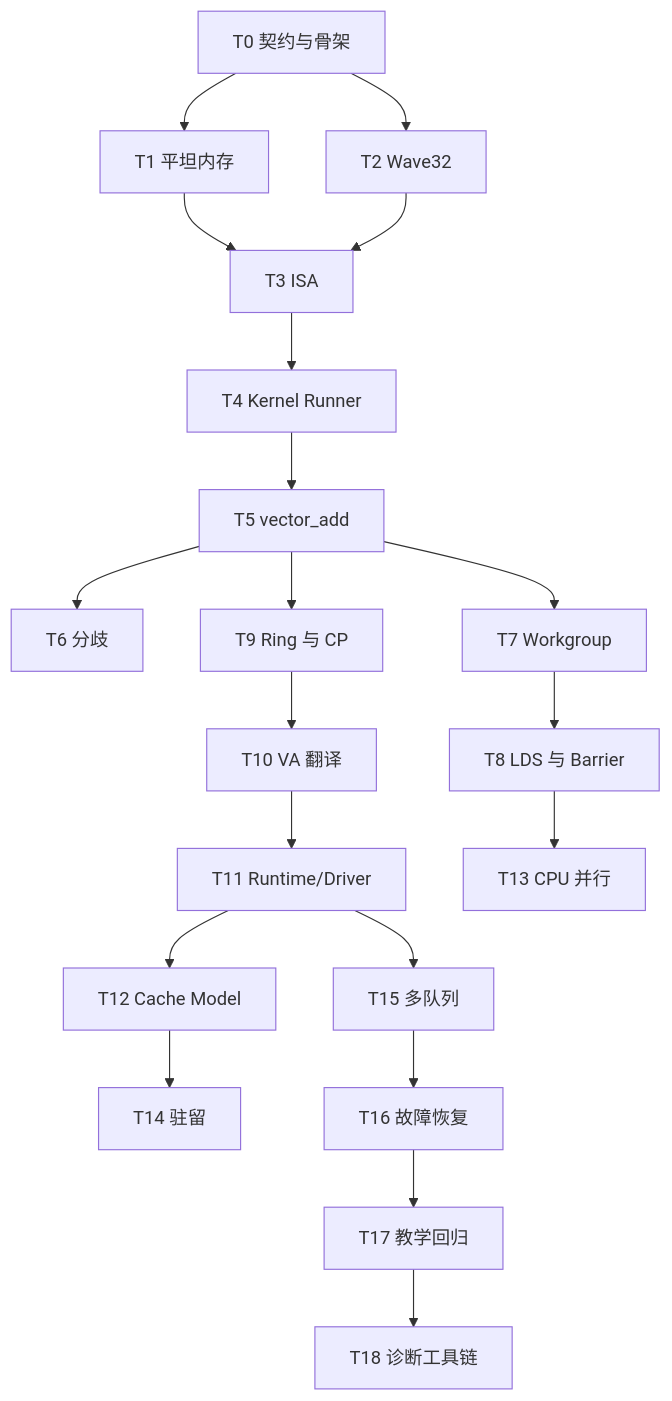
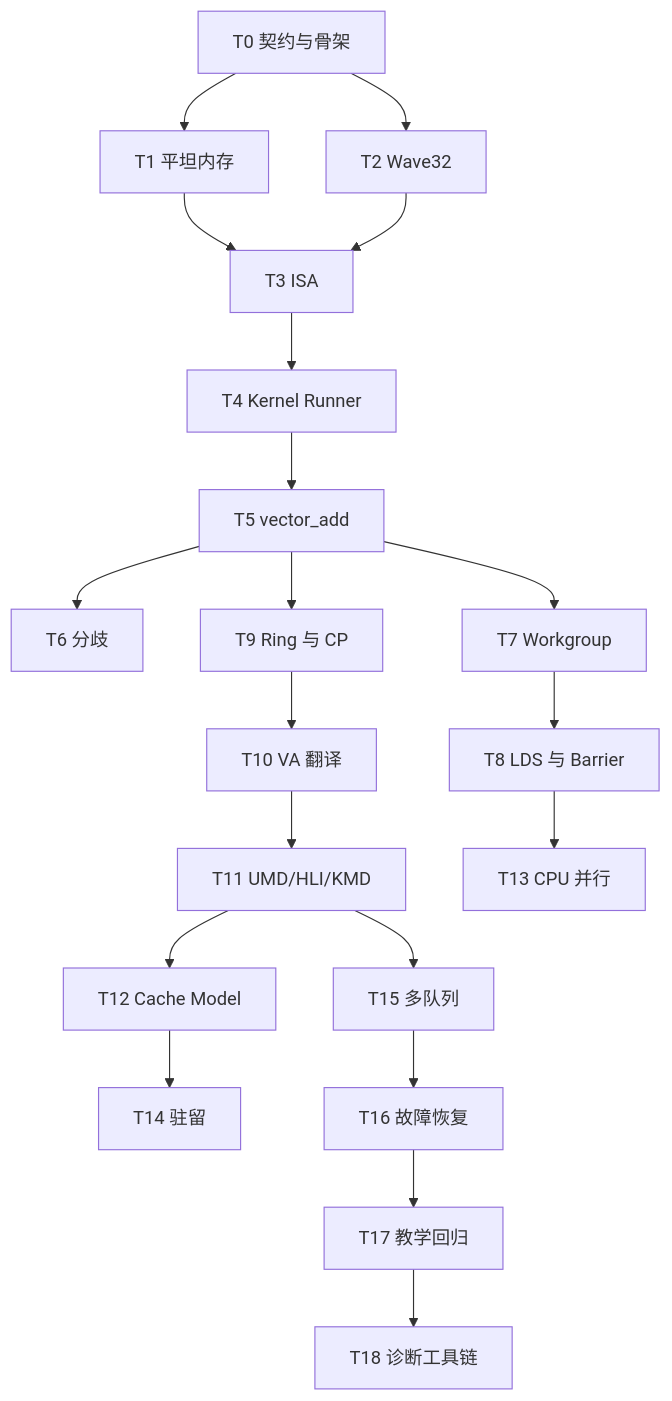
Before and after one commit to WSCWDA/GPU_MODEL: the second of 2 diagrams in docs/CPU模拟GPU教学项目_任务规划与实施规格.md, drawn with Mermaid. The commit also changed other lines of this file, not shown here.

Commit message:
docs: clarify staged driver path boundaries

````diff
--- a/docs/CPU模拟GPU教学项目_任务规划与实施规格.md
+++ b/docs/CPU模拟GPU教学项目_任务规划与实施规格.md
@@ -393,22 +393,22 @@
 ```mermaid
 flowchart TD
     T0[T0 契约与骨架] --> T1[T1 平坦内存]
     T0 --> T2[T2 Wave32]
     T1 --> T3[T3 ISA]
     T2 --> T3
     T3 --> T4[T4 Kernel Runner]
     T4 --> T5[T5 vector_add]
     T5 --> T6[T6 分歧]
     T5 --> T7[T7 Workgroup]
     T7 --> T8[T8 LDS 与 Barrier]
     T5 --> T9[T9 Ring 与 CP]
     T9 --> T10[T10 VA 翻译]
-    T10 --> T11[T11 Runtime/Driver]
+    T10 --> T11[T11 UMD/HLI/KMD]
     T11 --> T12[T12 Cache Model]
     T8 --> T13[T13 CPU 并行]
     T12 --> T14[T14 驻留]
     T11 --> T15[T15 多队列]
     T15 --> T16[T16 故障恢复]
     T16 --> T17[T17 教学回归]
     T17 --> T18[T18 诊断工具链]
 ```
````
